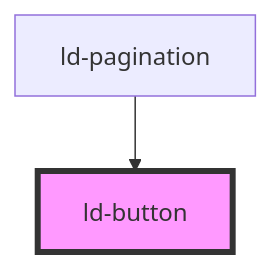
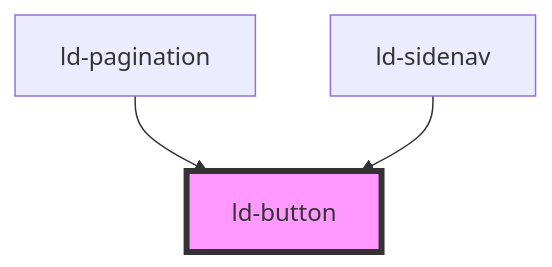
The diagram in src/liquid/components/ld-button/readme.md (emdgroup-liquid/liquid), drawn with Mermaid before and after one commit. The commit also changed other lines of this file and 73 other files, not shown here.

````diff
--- a/src/liquid/components/ld-button/readme.md
+++ b/src/liquid/components/ld-button/readme.md
@@ -548,5 +549,6 @@
 ```mermaid
 graph TD;
   ld-pagination --> ld-button
+  ld-sidenav --> ld-button
   style ld-button fill:#f9f,stroke:#333,stroke-width:4px
 ```
````
